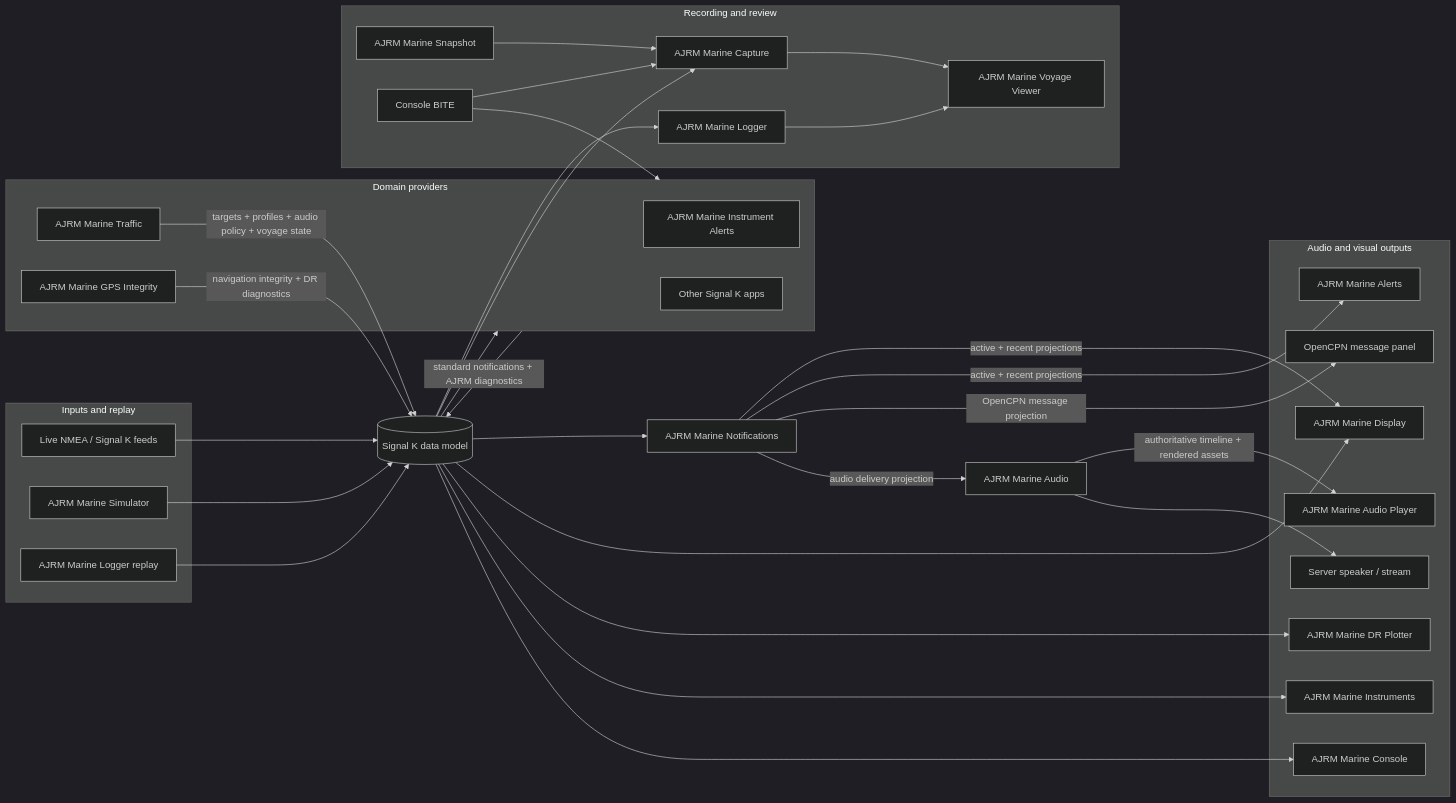
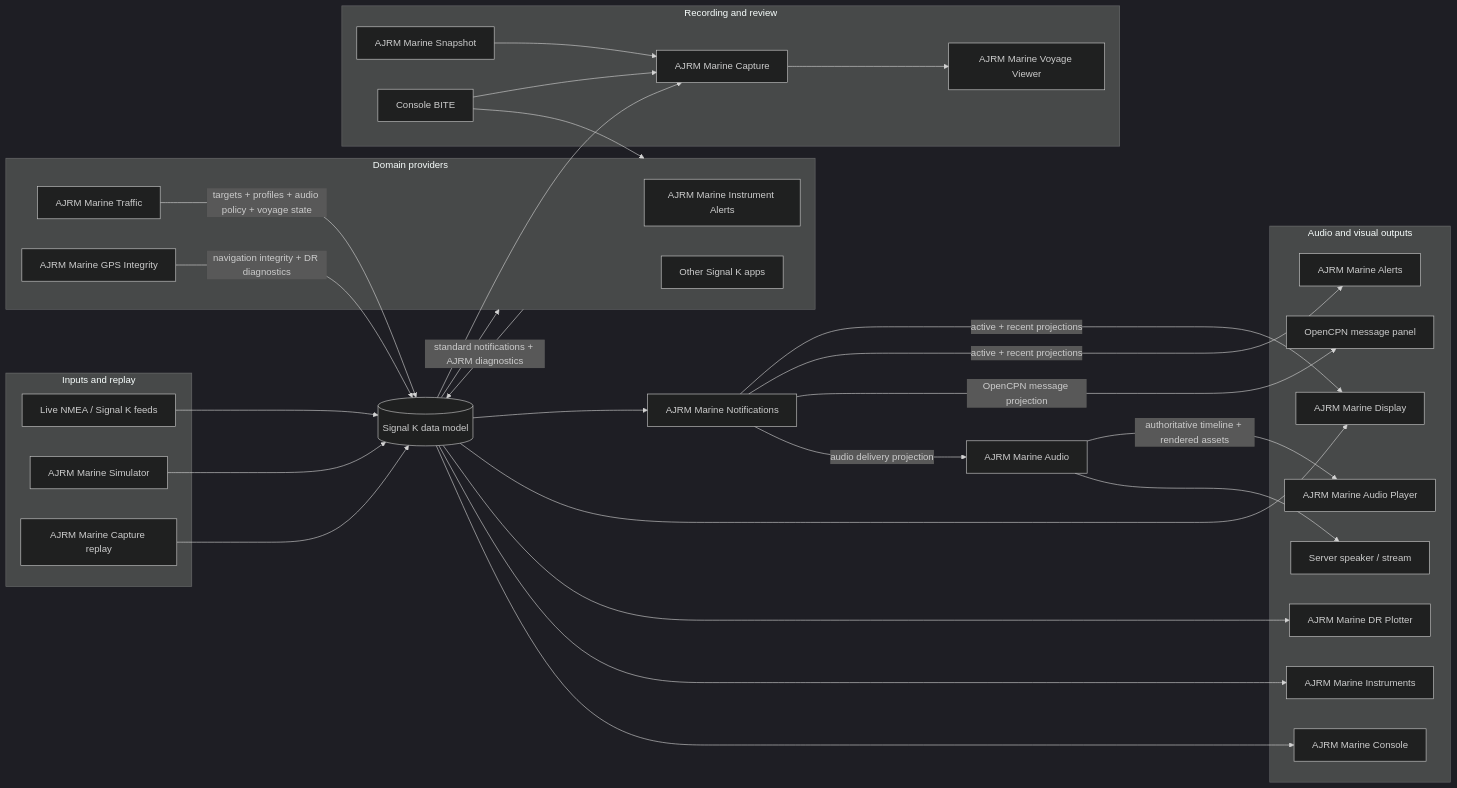
Before and after one commit to ajrm-marine-suite/ajrm-marine-architecture: the diagram in docs/diagrams/target-architecture.mmd, drawn with Mermaid (dark theme). The commit also changed 3 other files, not shown here.

```diff
--- a/docs/diagrams/target-architecture.mmd
+++ b/docs/diagrams/target-architecture.mmd
@@ -1,69 +1,66 @@
 flowchart LR
   SK[("Signal K data model")]
 
   subgraph Inputs["Inputs and replay"]
     Live["Live NMEA / Signal K feeds"]
     Sim["AJRM Marine Simulator"]
-    LoggerReplay["AJRM Marine Logger replay"]
+    CaptureReplay["AJRM Marine Capture replay"]
   end
 
   subgraph Providers["Domain providers"]
     Traffic["AJRM Marine Traffic"]
     GPS["AJRM Marine GPS Integrity"]
     InstrumentAlerts["AJRM Marine Instrument Alerts"]
     Other["Other Signal K apps"]
   end
 
   Notifications["AJRM Marine Notifications"]
   Audio["AJRM Marine Audio"]
 
   subgraph Outputs["Audio and visual outputs"]
     Display["AJRM Marine Display"]
     Alerts["AJRM Marine Alerts"]
     Console["AJRM Marine Console"]
     DrPlotter["AJRM Marine DR Plotter"]
     Instruments["AJRM Marine Instruments"]
     DesktopPlayer["AJRM Marine Audio Player"]
     OpenCpn["OpenCPN message panel"]
     ServerSpeaker["Server speaker / stream"]
   end
 
   subgraph Recording["Recording and review"]
-    Logger["AJRM Marine Logger"]
     Capture["AJRM Marine Capture"]
     Snapshot["AJRM Marine Snapshot"]
     Viewer["AJRM Marine Voyage Viewer"]
     Bite["Console BITE"]
   end
 
   Live --> SK
   Sim --> SK
-  LoggerReplay --> SK
+  CaptureReplay --> SK
 
   SK --> Providers
   Providers -->|"standard notifications + AJRM diagnostics"| SK
 
   SK --> Notifications
   Notifications -->|"active + recent projections"| Display
   Notifications -->|"active + recent projections"| Alerts
   Notifications -->|"OpenCPN message projection"| OpenCpn
   Notifications -->|"audio delivery projection"| Audio
 
   Traffic -->|"targets + profiles + audio policy + voyage state"| SK
   GPS -->|"navigation integrity + DR diagnostics"| SK
 
   Audio -->|"authoritative timeline + rendered assets"| DesktopPlayer
   Audio --> ServerSpeaker
 
   SK --> Display
   SK --> DrPlotter
   SK --> Instruments
   SK --> Console
 
-  SK --> Logger
   SK --> Capture
   Snapshot --> Capture
-  Logger --> Viewer
   Capture --> Viewer
   Bite --> Capture
   Bite --> Providers
```
